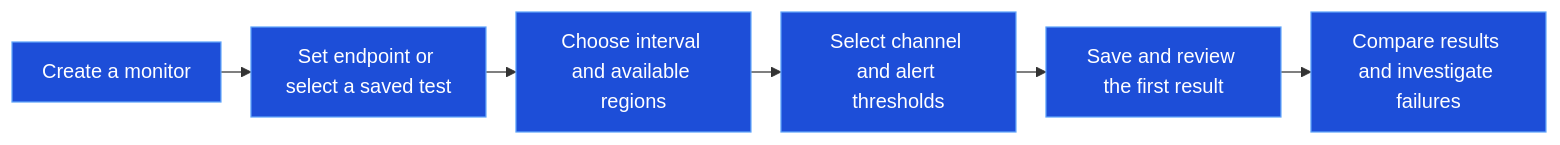
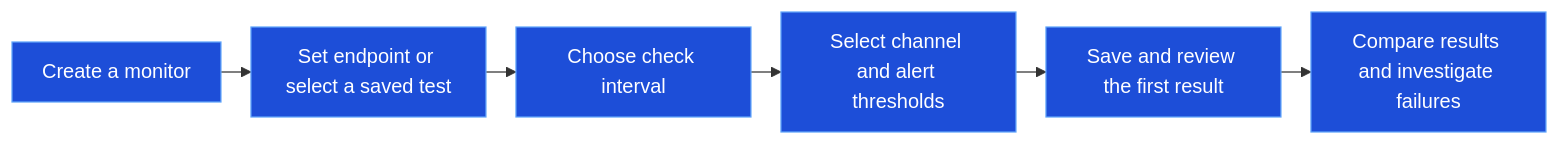
One commit to supercheck-io/supercheck changed the diagram in docs/content/docs/app/monitor.mdx. Above: the diagram before and after it, drawn with Mermaid. The commit also changed other lines of this file and 16 other files, not shown here.

````diff
--- a/docs/content/docs/app/monitor.mdx
+++ b/docs/content/docs/app/monitor.mdx
@@ -18,12 +18,12 @@
 ```mermaid
 %%{init: {"flowchart":{"nodeSpacing":20,"rankSpacing":24,"padding":12,"wrappingWidth":140}}}%%
 flowchart LR
     Create[Create a monitor] --> Target[Set endpoint or select a saved test]
-    Target --> Schedule[Choose interval and available regions]
+    Target --> Schedule[Choose check interval]
     Schedule --> Alerts[Select channel and alert thresholds]
     Alerts --> Save[Save and review the first result]
     Save --> Review[Compare results and investigate failures]
 
     classDef action fill:#1d4ed8,stroke:#60a5fa,color:#fff
     class Create,Target,Schedule,Alerts,Save,Review action
 ```
````
